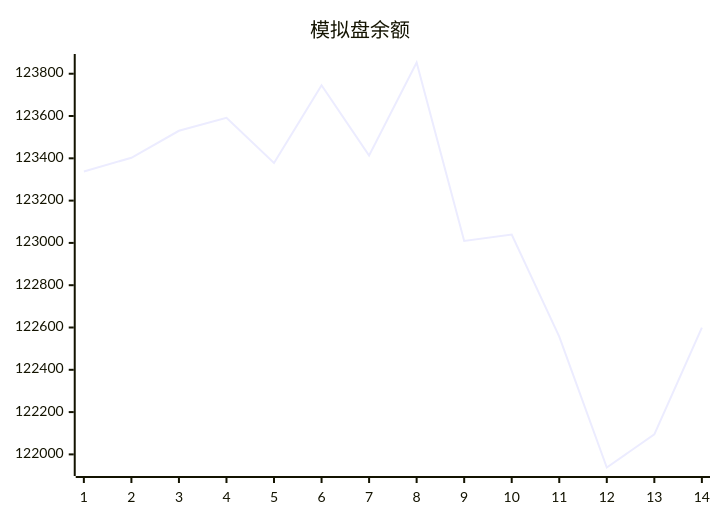
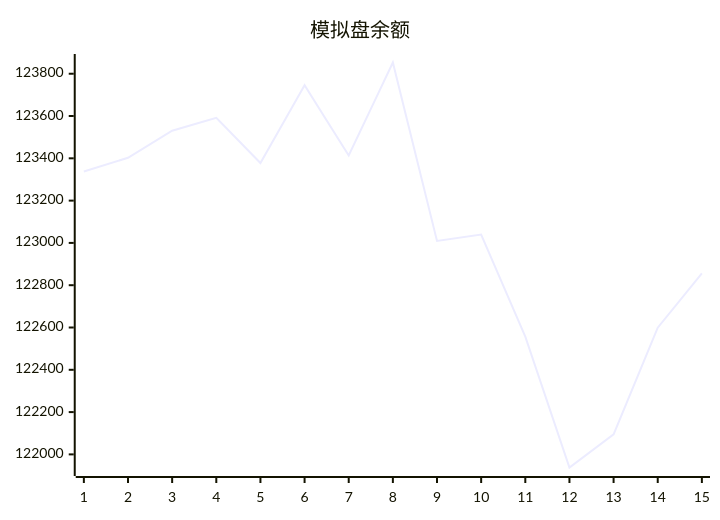
The diagram in trading/README.md (aahl/mcp-aktools), drawn with Mermaid before and after one commit. The commit also changed 1 other file, not shown here.

Commit message:
📈 AkTools MCP Server

````diff
--- a/trading/README.md
+++ b/trading/README.md
@@ -3,5 +3,5 @@
 ```mermaid
 xychart
     title "模拟盘余额"
-    line [123337.9,123402.4,123530.3,123591.6,123377.9,123745.3,123413.3,123853.1,123009.4,123039.8,122557.0,121938.0,122094.6,122599.0]
+    line [123337.9,123402.4,123530.3,123591.6,123377.9,123745.3,123413.3,123853.1,123009.4,123039.8,122557.0,121938.0,122094.6,122599.0,122856.1]
 ```
````
